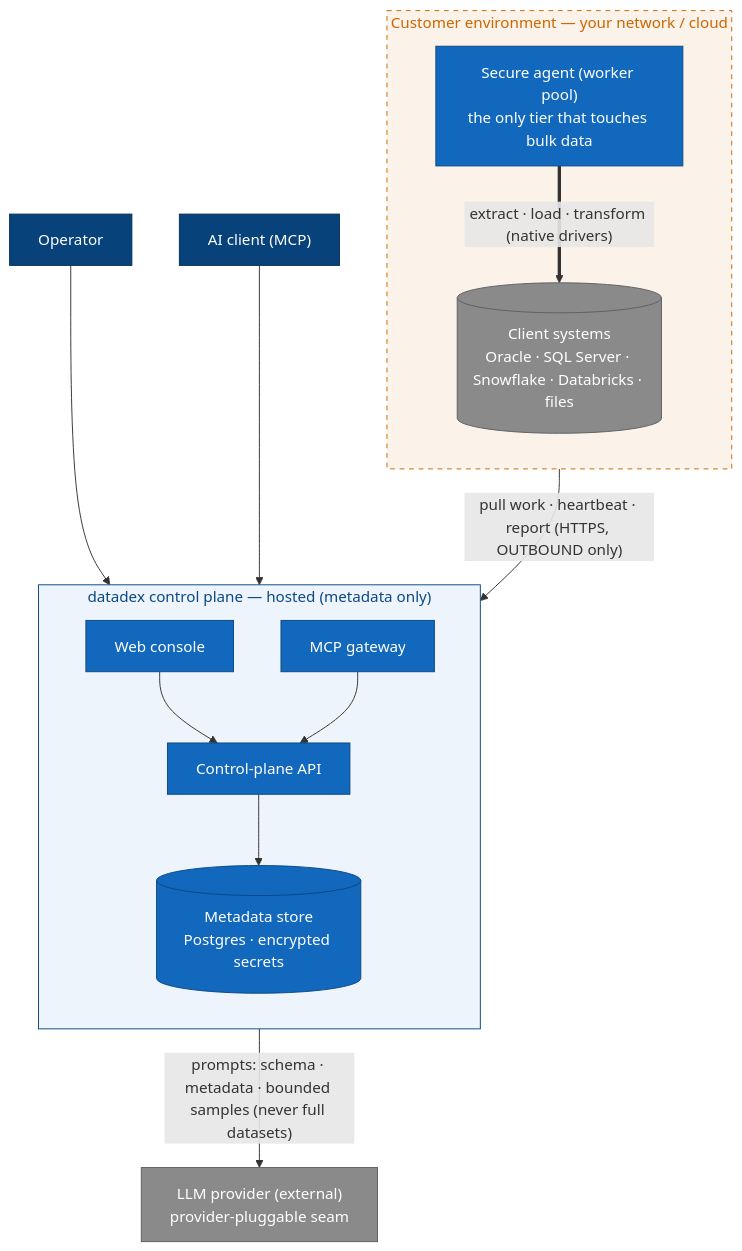
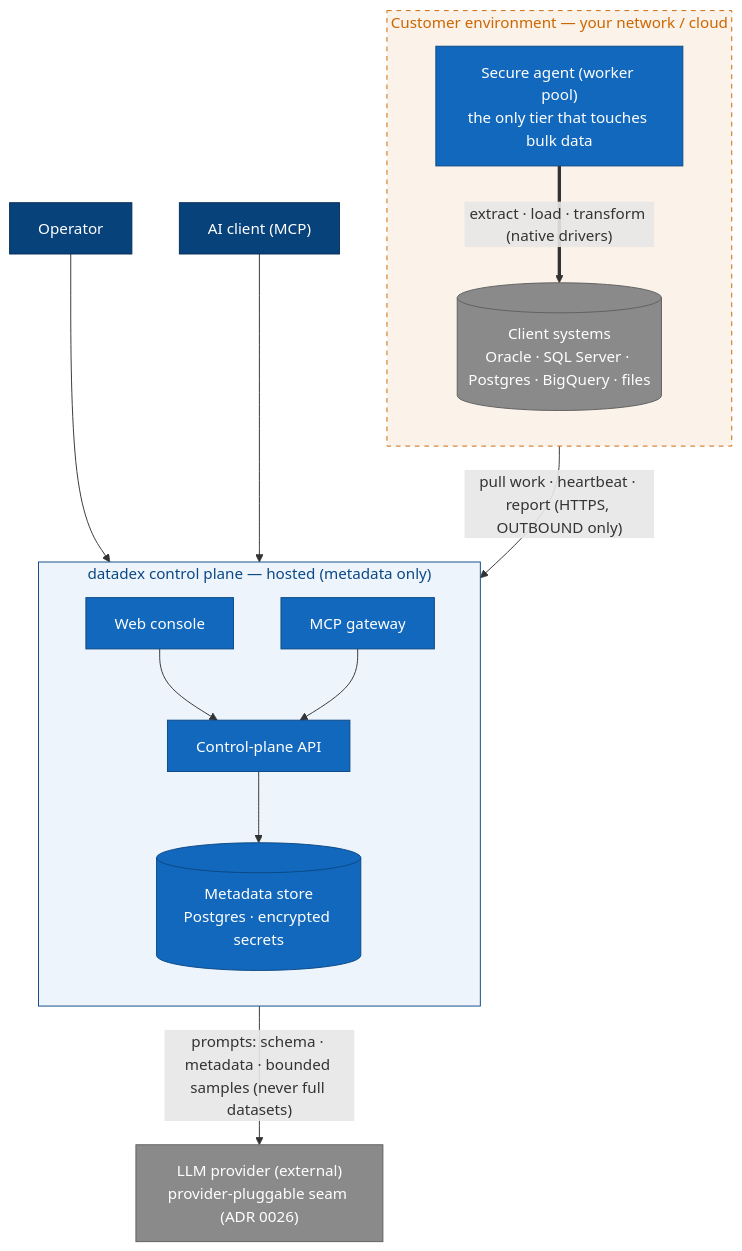
Before and after one commit to numan98khan/datadex-architecture: the fifth of 20 diagrams in MERMAID.md, drawn with Mermaid. The commit also changed other lines of this file and 3 other files, not shown here.

First line of the commit message:
docs: refresh architecture mirror for the current platform state

````diff
--- a/MERMAID.md
+++ b/MERMAID.md
@@ -174,37 +191,37 @@
 ```mermaid
 flowchart TB
   op[Operator]:::person
   ai["AI client (MCP)"]:::person
 
   subgraph customer["Customer environment — your network / cloud"]
     direction TB
     sec["Secure agent (worker pool)<br/>the only tier that touches bulk data"]:::container
-    client[("Client systems<br/>Oracle · SQL Server · Snowflake · Databricks · files")]:::external
+    client[("Client systems<br/>Oracle · SQL Server · Postgres · BigQuery · files")]:::external
     sec ==>|"extract · load · transform (native drivers)"| client
   end
 
   subgraph control["datadex control plane — hosted (metadata only)"]
     direction TB
     web["Web console"]:::container
     api["Control-plane API"]:::container
     mcp["MCP gateway"]:::container
     store[("Metadata store<br/>Postgres · encrypted secrets")]:::store
     web --> api
     mcp --> api
     api --> store
   end
 
-  llm["LLM provider (external)<br/>provider-pluggable seam"]:::external
+  llm["LLM provider (external)<br/>provider-pluggable seam (ADR 0026)"]:::external
 
   op --> web
   ai --> mcp
   sec -->|"pull work · heartbeat · report (HTTPS, OUTBOUND only)"| api
   api -->|"prompts: schema · metadata · bounded samples (never full datasets)"| llm
 
   style customer fill:#fbf2e9,stroke:#cc6600,stroke-dasharray:5 5,color:#cc6600
   style control fill:#eef4fb,stroke:#0b4884,color:#0b4884
   classDef person fill:#08427b,stroke:#052e56,color:#fff;
   classDef container fill:#1168bd,stroke:#0b4884,color:#fff;
   classDef store fill:#1168bd,stroke:#0b4884,color:#fff;
   classDef external fill:#8a8a8a,stroke:#5f5f5f,color:#fff;
 ```
````
